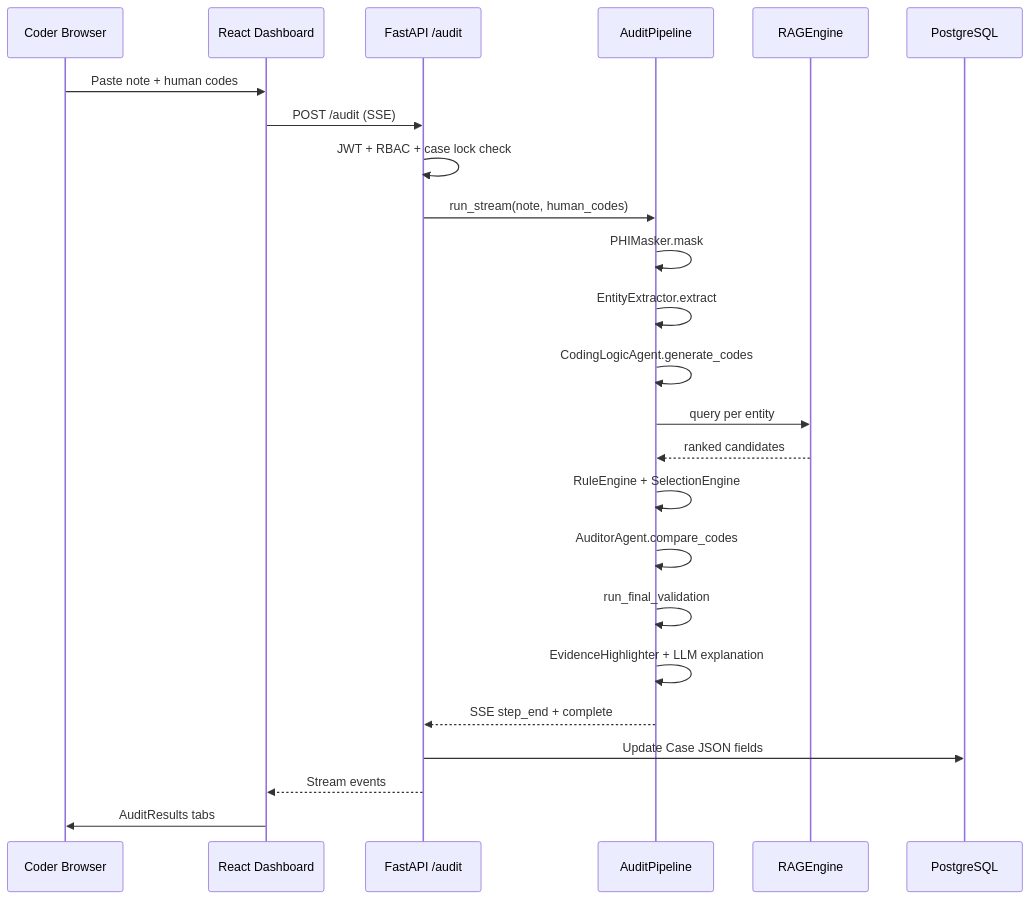
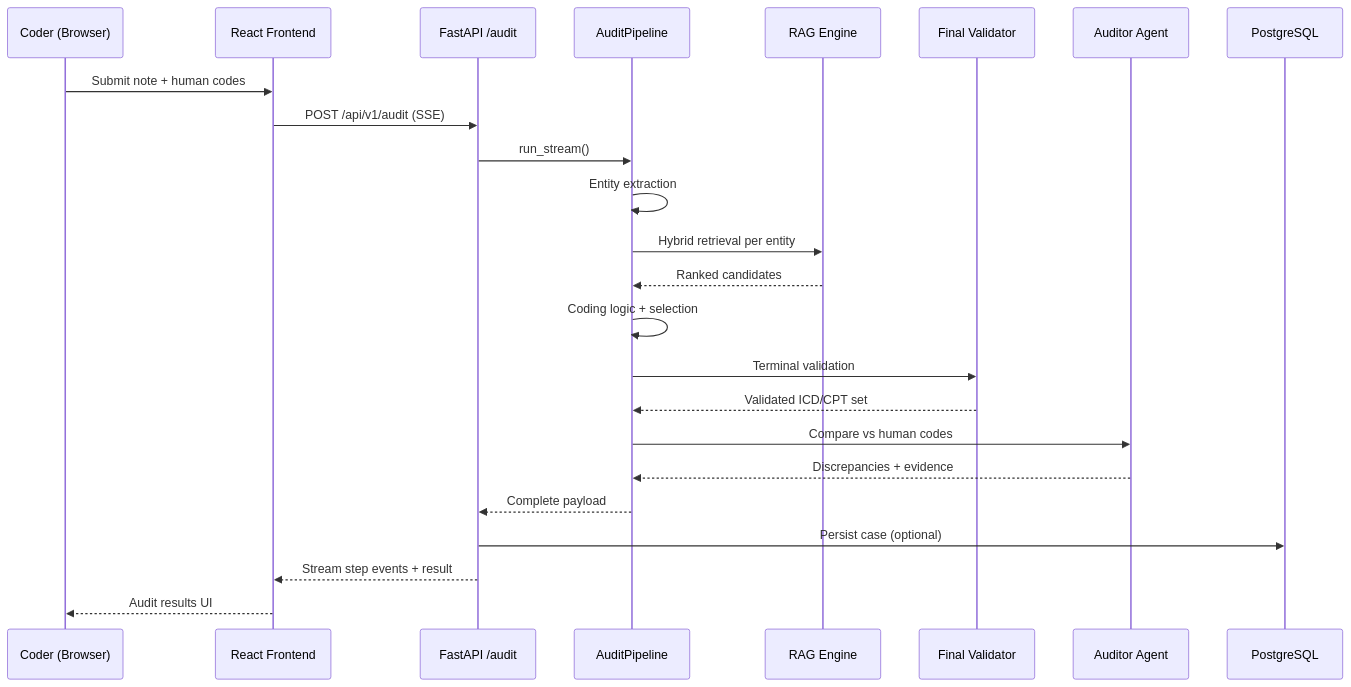
The diagram in README.md (QuirkyNerd/JatayuS5-Lucky), drawn with Mermaid before and after one commit. The commit also changed other lines of this file, not shown here.

````diff
--- a/README.md
+++ b/README.md
@@ -699,27 +219,27 @@
 ```mermaid
 sequenceDiagram
-    participant U as Coder Browser
-    participant F as React Dashboard
+    participant U as Coder (Browser)
+    participant F as React Frontend
     participant API as FastAPI /audit
     participant P as AuditPipeline
-    participant R as RAGEngine
+    participant R as RAG Engine
+    participant V as Final Validator
+    participant A as Auditor Agent
     participant DB as PostgreSQL
 
-    U->>F: Paste note + human codes
-    F->>API: POST /audit (SSE)
-    API->>API: JWT + RBAC + case lock check
-    API->>P: run_stream(note, human_codes)
-    P->>P: PHIMasker.mask
-    P->>P: EntityExtractor.extract
-    P->>P: CodingLogicAgent.generate_codes
-    P->>R: query per entity
-    R-->>P: ranked candidates
-    P->>P: RuleEngine + SelectionEngine
-    P->>P: AuditorAgent.compare_codes
-    P->>P: run_final_validation
-    P->>P: EvidenceHighlighter + LLM explanation
-    P-->>API: SSE step_end + complete
-    API->>DB: Update Case JSON fields
-    API-->>F: Stream events
-    F->>U: AuditResults tabs
+    U->>F: Submit note + human codes
+    F->>API: POST /api/v1/audit (SSE)
+    API->>P: run_stream()
+    P->>P: Entity extraction
+    P->>R: Hybrid retrieval per entity
+    R-->>P: Ranked candidates
+    P->>P: Coding logic + selection
+    P->>V: Terminal validation
+    V-->>P: Validated ICD/CPT set
+    P->>A: Compare vs human codes
+    A-->>P: Discrepancies + evidence
+    P-->>API: Complete payload
+    API->>DB: Persist case (optional)
+    API-->>F: Stream step events + result
+    F-->>U: Audit results UI
 ```
````
